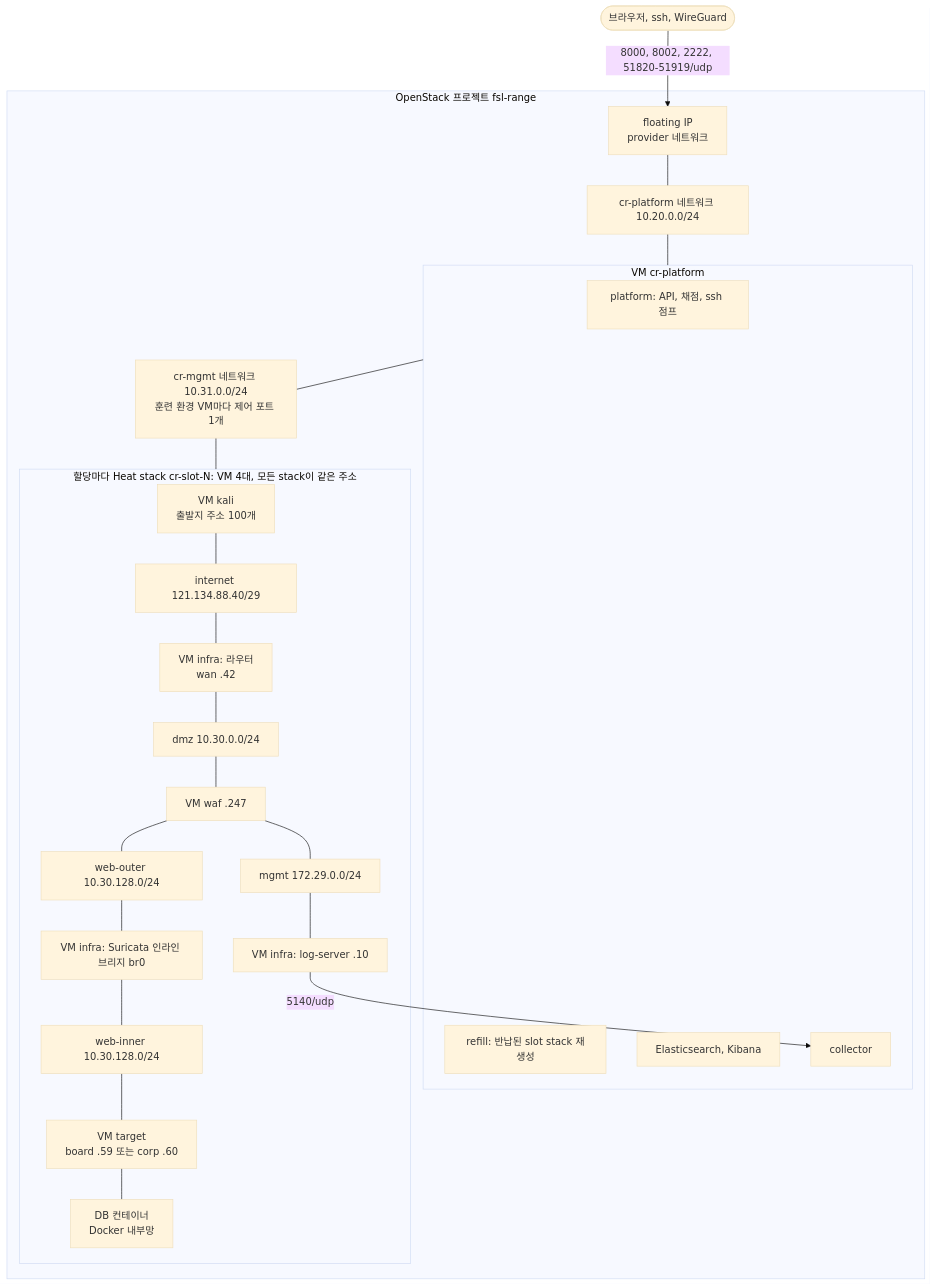
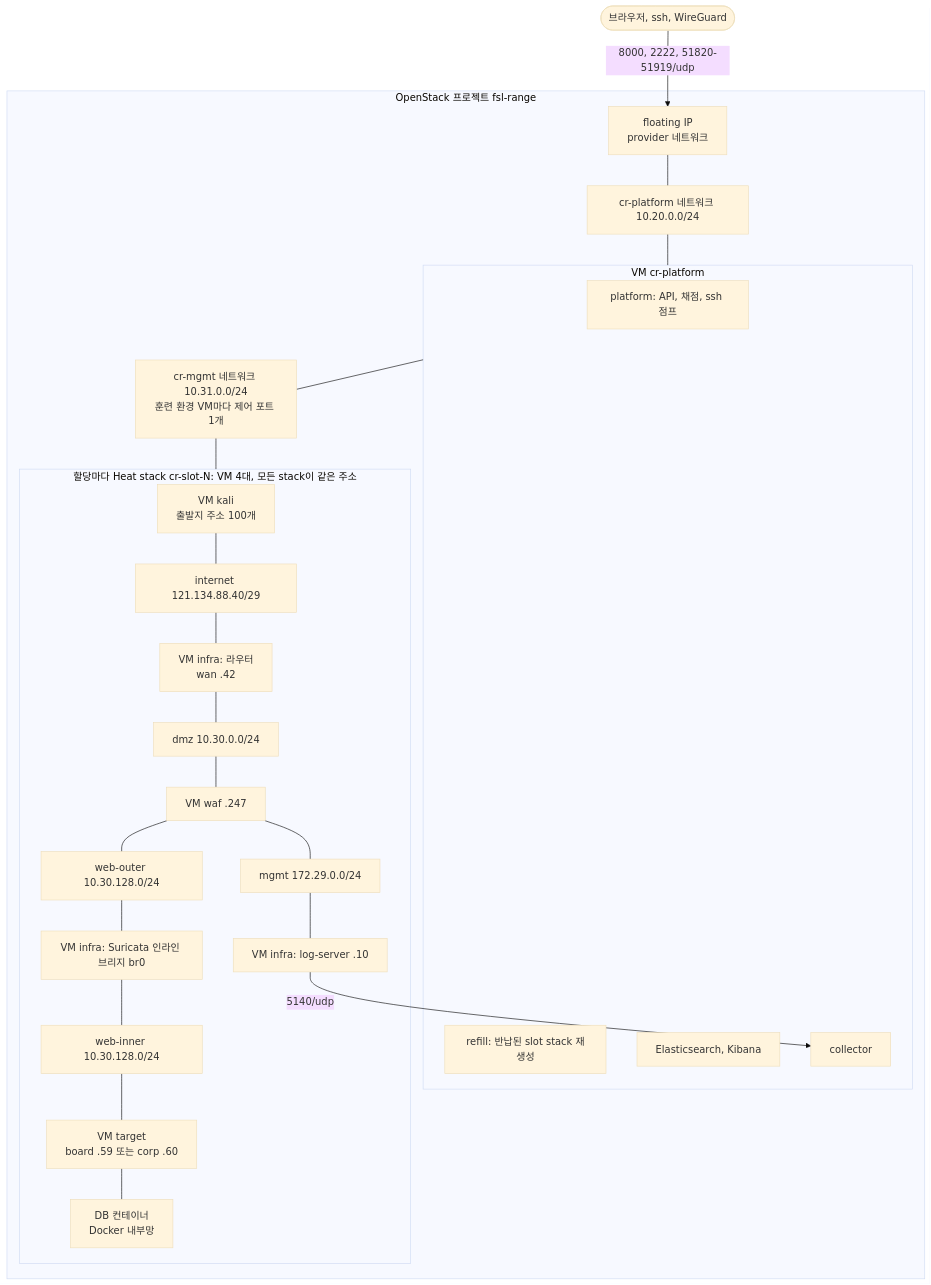
Before and after one commit to Nekonic/fsl-project-mvp: the diagram in README.md, drawn with Mermaid (base theme). The commit also changed other lines of this file and 25 other files, not shown here.

````diff
--- a/README.md
+++ b/README.md
@@ -148,30 +148,30 @@
 ```mermaid
 flowchart TB
-  user(["브라우저, ssh, WireGuard"]) -->|"8000, 8002, 2222, 51820-51919/udp"| fip["floating IP<br/>provider 네트워크"]
+  user(["브라우저, ssh, WireGuard"]) -->|"8000, 2222, 51820-51919/udp"| fip["floating IP<br/>provider 네트워크"]
   subgraph os["OpenStack 프로젝트 fsl-range"]
     fip --- pnet["cr-platform 네트워크 10.20.0.0/24"]
     pnet --- pvm
     subgraph pvm["VM cr-platform"]
       platform["platform: API, 채점, ssh 점프"]
       refill["refill: 반납된 slot stack 재생성"]
       elk["Elasticsearch, Kibana"]
       collector["collector"]
     end
     pvm --- mgmt["cr-mgmt 네트워크 10.31.0.0/24<br/>훈련 환경 VM마다 제어 포트 1개"]
     mgmt --- stack
     subgraph stack["할당마다 Heat stack cr-slot-N: VM 4대, 모든 stack이 같은 주소"]
       kali["VM kali<br/>출발지 주소 100개"] --- inet["internet 121.134.88.40/29"]
       inet --- edge["VM infra: 라우터<br/>wan .42"]
       edge --- dmz["dmz 10.30.0.0/24"]
       dmz --- waf["VM waf .247"]
       waf --- outer["web-outer 10.30.128.0/24"]
       outer --- ids["VM infra: Suricata 인라인 브리지 br0"]
       ids --- inner["web-inner 10.30.128.0/24"]
       inner --- target["VM target<br/>board .59 또는 corp .60"]
       target --- db["DB 컨테이너<br/>Docker 내부망"]
       waf --- smgmt["mgmt 172.29.0.0/24"]
       smgmt --- logsrv["VM infra: log-server .10"]
     end
     logsrv -->|"5140/udp"| collector
   end
 ```
````
